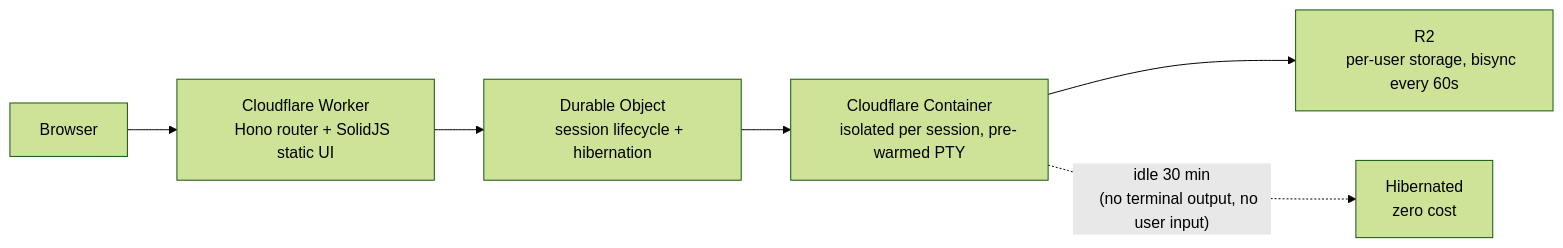
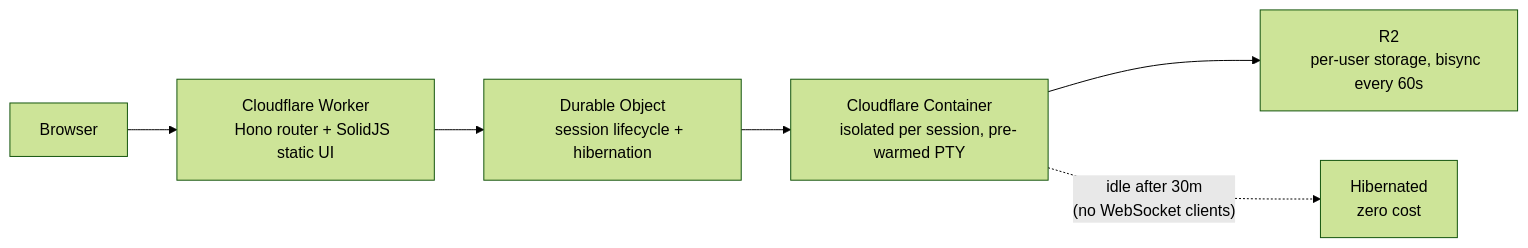
One commit to nikolanovoselec/codeflare changed the diagram in README.md. Above: the diagram before and after it, drawn with Mermaid (forest theme). The commit also changed other lines of this file and 67 other files, not shown here.

First line of the commit message:
Container lifecycle overhaul, WebSocket reliability, setup streaming (#9)

````diff
--- a/README.md
+++ b/README.md
@@ -96,14 +96,14 @@
 ```mermaid
 flowchart LR
     A[Browser] --> B["Cloudflare Worker
     Hono router + SolidJS static UI"]
     B --> C["Durable Object
     session lifecycle + hibernation"]
     C --> D["Cloudflare Container
     isolated per session, pre-warmed PTY"]
     D --> E["R2
     per-user storage, bisync every 60s"]
-    D -. "idle 30 min
-    (no terminal output, no user input)" .-> F["Hibernated
+    D -. "idle after 30m
+    (no WebSocket clients)" .-> F["Hibernated
     zero cost"]
 ```
````
